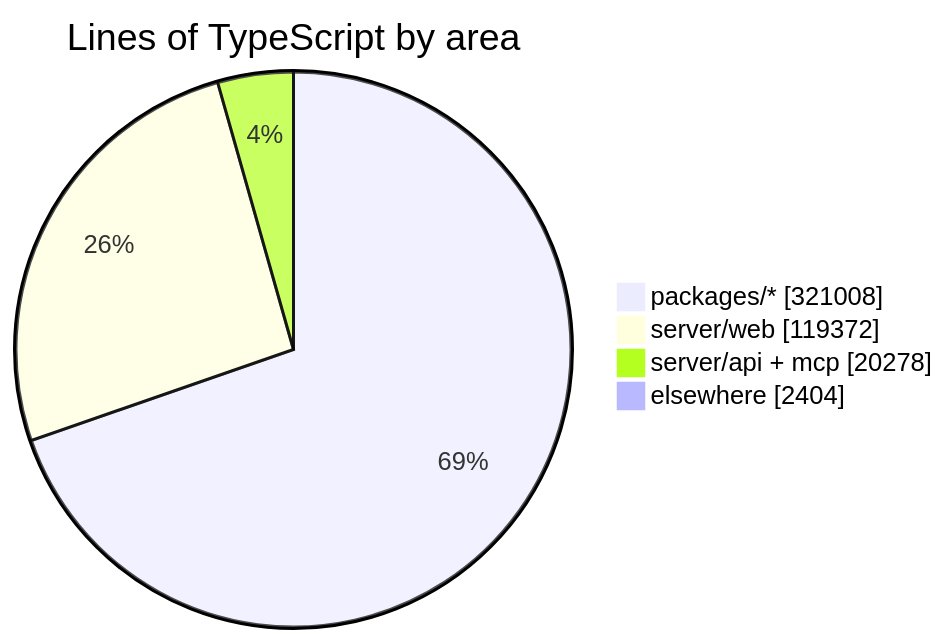
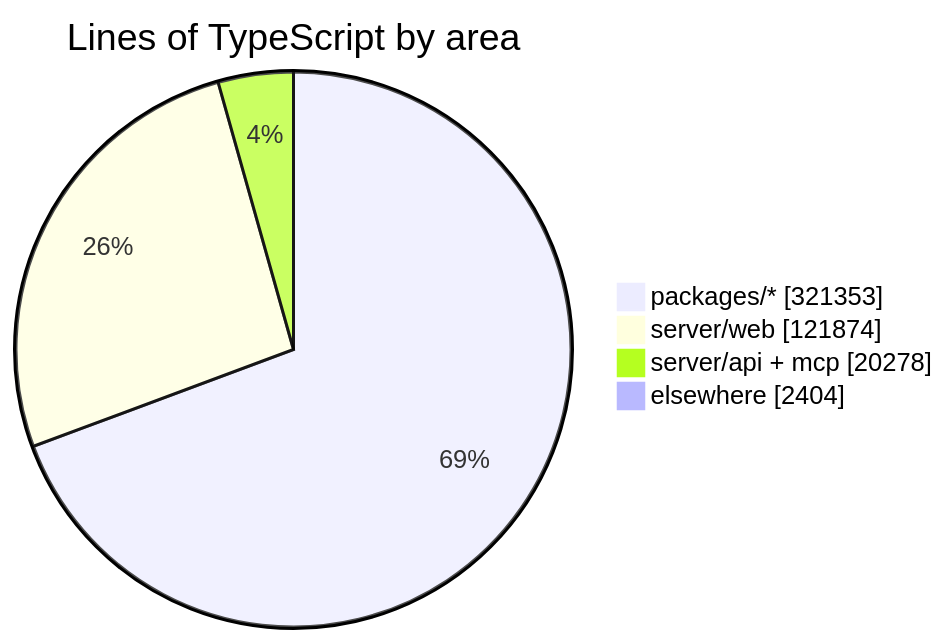
Before and after one commit to crossworks-engineering/mantle: the diagram in README.md, drawn with Mermaid. The commit also changed other lines of this file and 2 other files, not shown here.

````diff
--- a/README.md
+++ b/README.md
@@ -294,7 +294,7 @@
 ```mermaid
 pie showData title Lines of TypeScript by area
-    "packages/*" : 321008
-    "server/web" : 119372
+    "packages/*" : 321353
+    "server/web" : 121874
     "server/api + mcp" : 20278
     "elsewhere" : 2404
 ```
````
